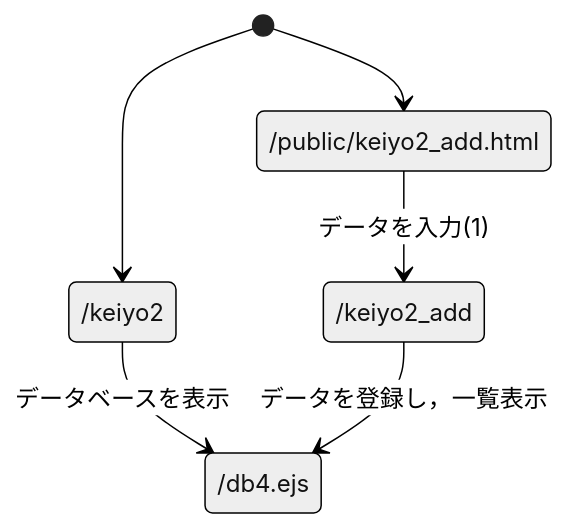
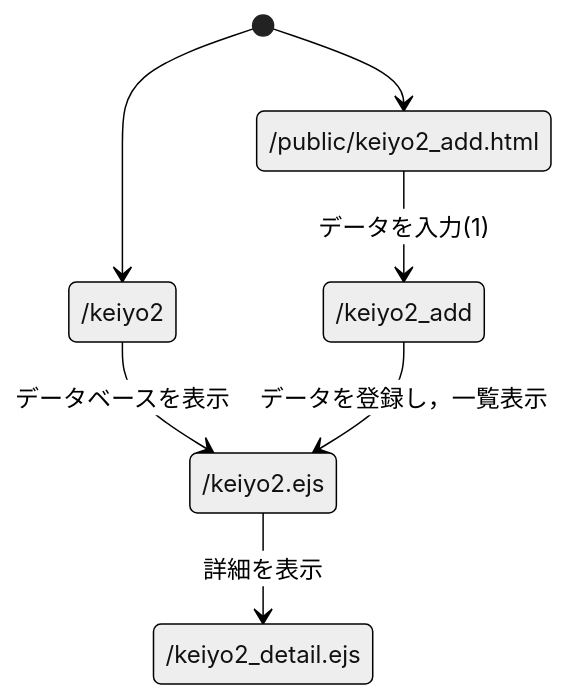
The third of 4 diagrams in wpro06.md (Sanbaizux333/webpro_06), drawn with Mermaid (neutral theme) before and after one commit. The commit also changed other lines of this file and 1 other file, not shown here.

Commit message:
レポート用システムの遷移図を１つ作成

````diff
--- a/wpro06.md
+++ b/wpro06.md
@@ -48,8 +48,9 @@
 ```mermaid
 stateDiagram-v2
 [*] --> /keiyo2
 [*] --> /public/keiyo2_add.html
-/keiyo2 --> /db4.ejs:データベースを表示
+/keiyo2 --> /keiyo2.ejs:データベースを表示
 /public/keiyo2_add.html --> /keiyo2_add:データを入力(1)
-/keiyo2_add --> /db4.ejs:データを登録し，一覧表示
+/keiyo2_add --> /keiyo2.ejs:データを登録し，一覧表示
+/keiyo2.ejs --> /keiyo2_detail.ejs:詳細を表示
 ```
````
